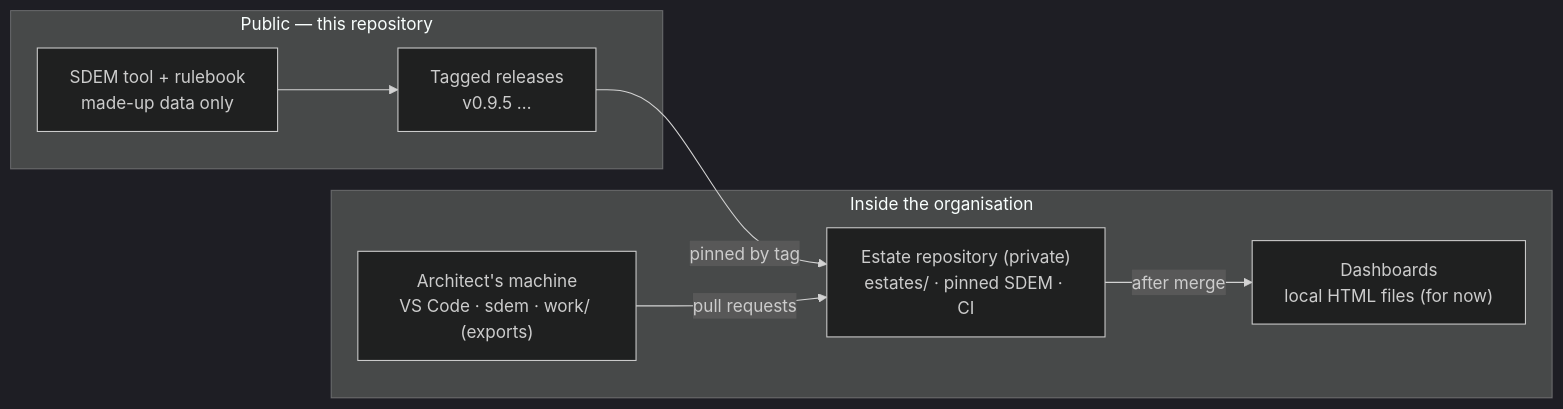
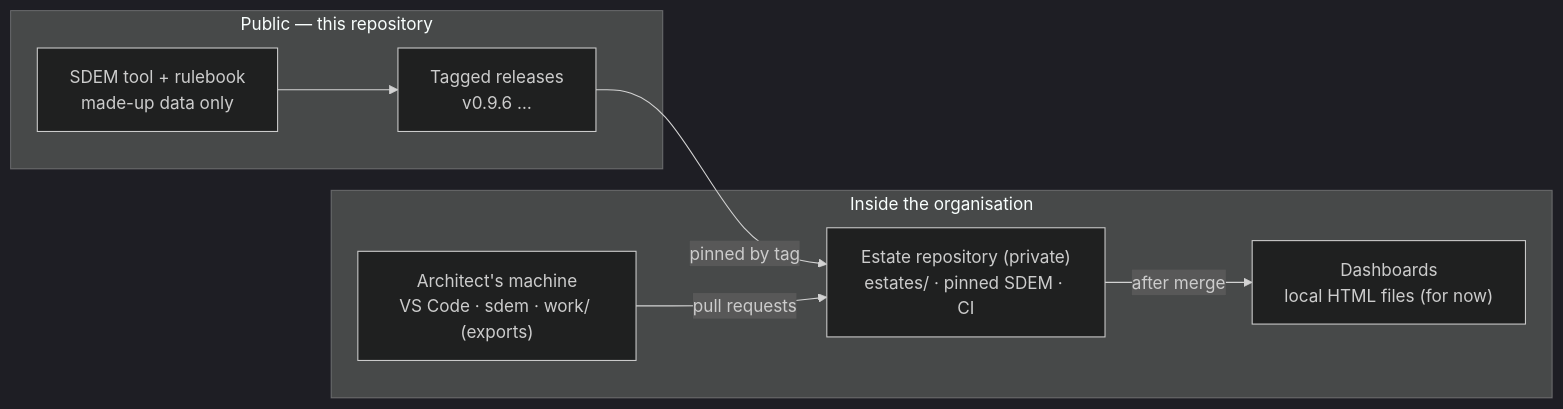
The diagram in docs/sdem-operating-model.md (taumoeps/bian-sdem-framework), drawn with Mermaid (dark theme) before and after one commit. The commit also changed other lines of this file and 22 other files, not shown here.

````diff
--- a/docs/sdem-operating-model.md
+++ b/docs/sdem-operating-model.md
@@ -7,14 +7,14 @@
 ```mermaid
 flowchart LR
     subgraph PUB["Public — this repository"]
-      T["SDEM tool + rulebook<br/>made-up data only"] --> REL["Tagged releases<br/>v0.9.5 …"]
+      T["SDEM tool + rulebook<br/>made-up data only"] --> REL["Tagged releases<br/>v0.9.6 …"]
     end
     subgraph ORG["Inside the organisation"]
       ER["Estate repository (private)<br/>estates/ · pinned SDEM · CI"]
       WS["Architect's machine<br/>VS Code · sdem · work/ (exports)"]
       H["Dashboards<br/>local HTML files (for now)"]
     end
     REL -- "pinned by tag" --> ER
     WS -- "pull requests" --> ER
     ER -- "after merge" --> H
 ```
````
